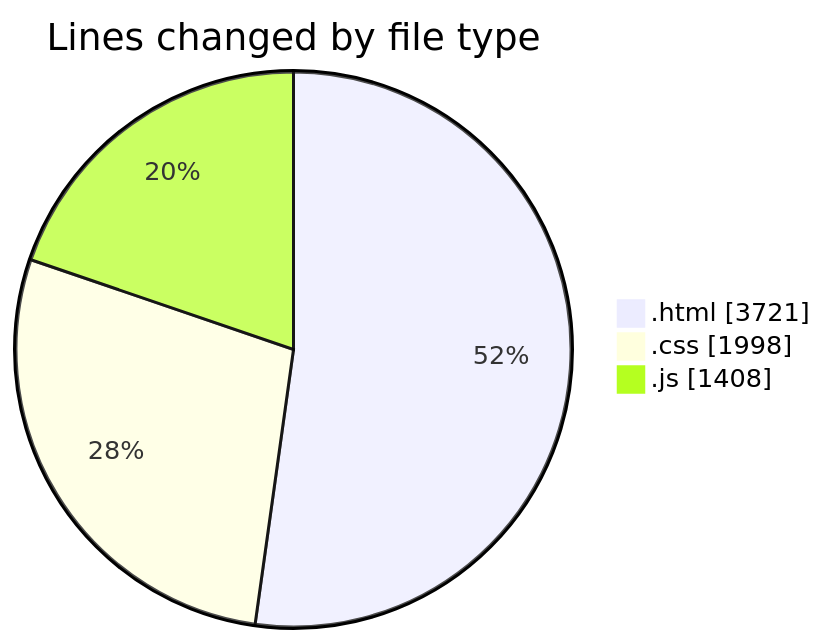
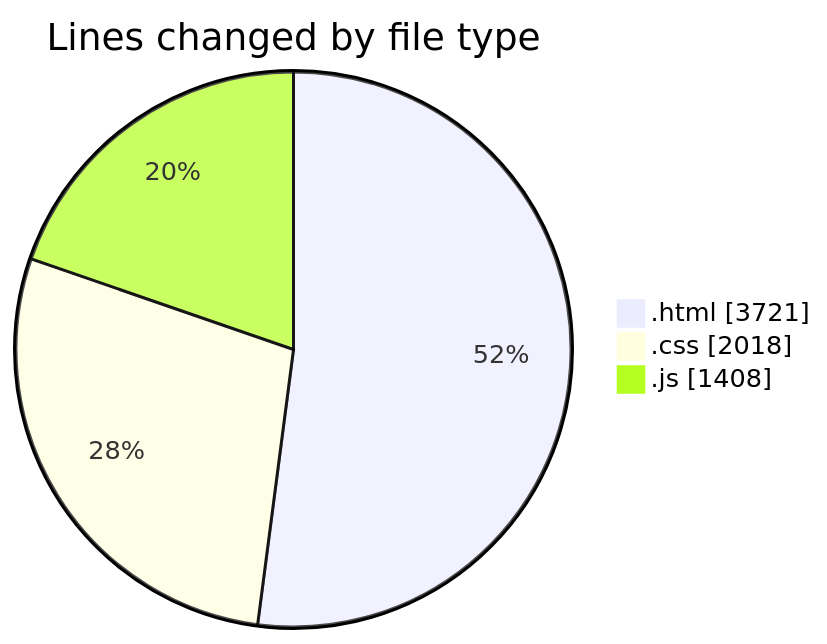
The first of 2 diagrams in 2025-05-24/projects/README.md (Ritupan-Deka/code-tracking), drawn with Mermaid before and after one commit. The commit also changed other lines of this file and 1 other file, not shown here.

````diff
--- a/2025-05-24/projects/README.md
+++ b/2025-05-24/projects/README.md
@@ -23,7 +23,7 @@
 ```mermaid
 pie showData
 title Lines changed by file type
 ".html" : 3721
-".css" : 1998
+".css" : 2018
 ".js" : 1408
 ```
````
